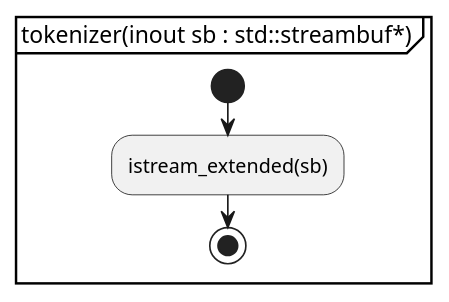
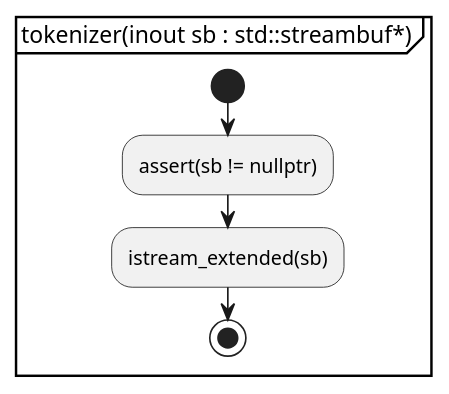
The first of 5 diagrams in document/document_reader/ipdfstream/object_stream/tokenizer/tokenizer.activity.pu (KodaiYM/PDFReader), drawn with PlantUML before and after one commit. The commit also changed other lines of this file and 23 other files, not shown here.

```diff
--- a/document/document_reader/ipdfstream/object_stream/tokenizer/tokenizer.activity.pu
+++ b/document/document_reader/ipdfstream/object_stream/tokenizer/tokenizer.activity.pu
@@ -1,7 +1,8 @@
 @startuml tokenizer
 partition "tokenizer(inout sb : std::streambuf*)" {
 start
+	:assert(sb != nullptr);
 	:istream_extended(sb);
 stop
 }
 @enduml
```
